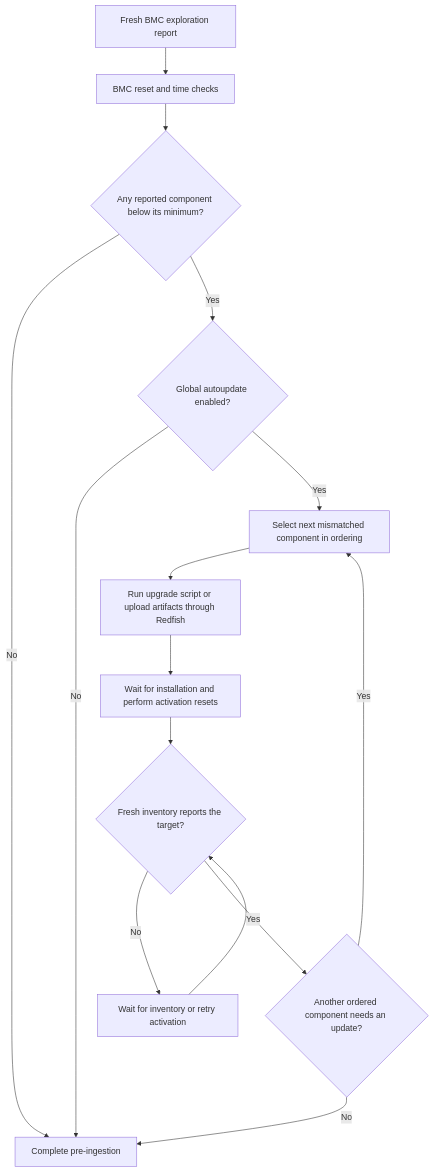
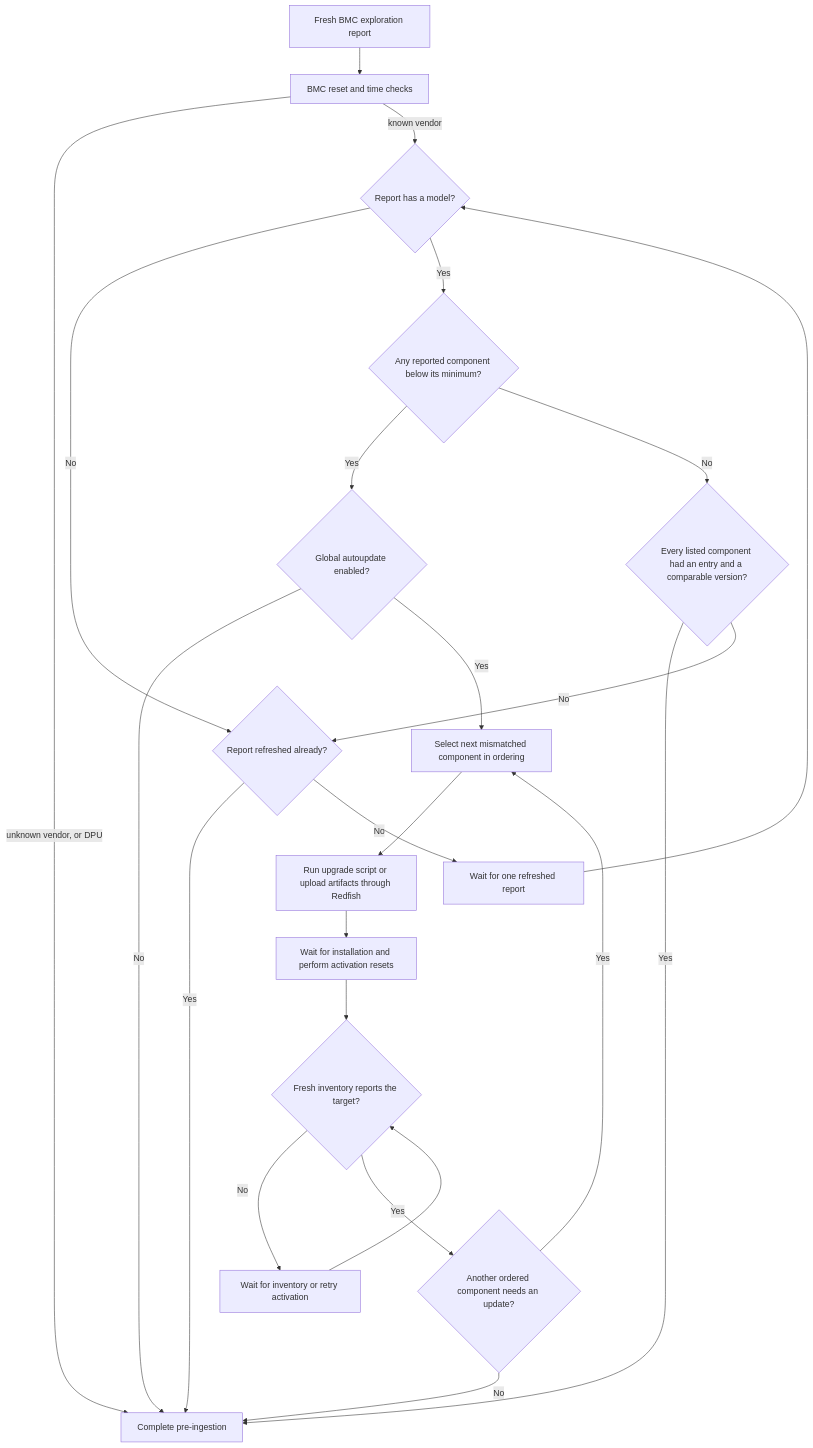
The diagram in docs/operations/firmware-updates/pre-ingestion.md (dsx-ai-factory/infra-controller), drawn with Mermaid before and after one commit. The commit also changed other lines of this file and 4 other files, not shown here.

First line of the commit message:
feat(preingestion): get a refreshed report before letting an incomplete one through

````diff
--- a/docs/operations/firmware-updates/pre-ingestion.md
+++ b/docs/operations/firmware-updates/pre-ingestion.md
@@ -94,17 +94,25 @@
 ```mermaid
 flowchart TD
     A["Fresh BMC exploration report"] --> B["BMC reset and time checks"]
-    B --> C{"Any reported component below its minimum?"}
-    C -- No --> J["Complete pre-ingestion"]
+    B -- "unknown vendor, or DPU" --> J["Complete pre-ingestion"]
+    B -- "known vendor" --> B1{"Report has a model?"}
+    B1 -- No --> R1{"Report refreshed already?"}
+    R1 -- Yes --> J
+    R1 -- No --> R["Wait for one refreshed report"]
+    R --> B1
+    B1 -- Yes --> C{"Any reported component below its minimum?"}
     C -- Yes --> D{"Global autoupdate enabled?"}
+    C -- No --> C1{"Every listed component had an entry and a comparable version?"}
+    C1 -- Yes --> J
+    C1 -- No --> R1
     D -- No --> J
     D -- Yes --> E["Select next mismatched component in ordering"]
     E --> F["Run upgrade script or upload artifacts through Redfish"]
     F --> G["Wait for installation and perform activation resets"]
     G --> H{"Fresh inventory reports the target?"}
     H -- No --> K["Wait for inventory or retry activation"]
     K --> H
     H -- Yes --> I{"Another ordered component needs an update?"}
     I -- Yes --> E
     I -- No --> J
 ```
````
